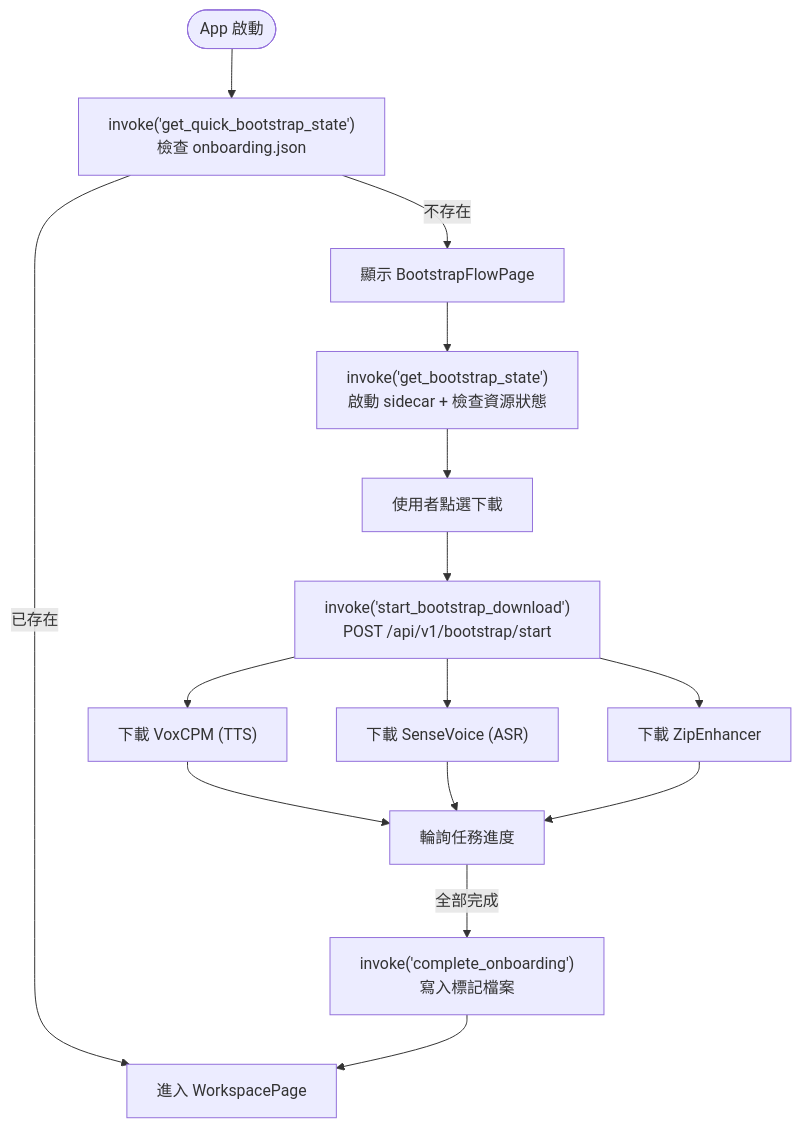
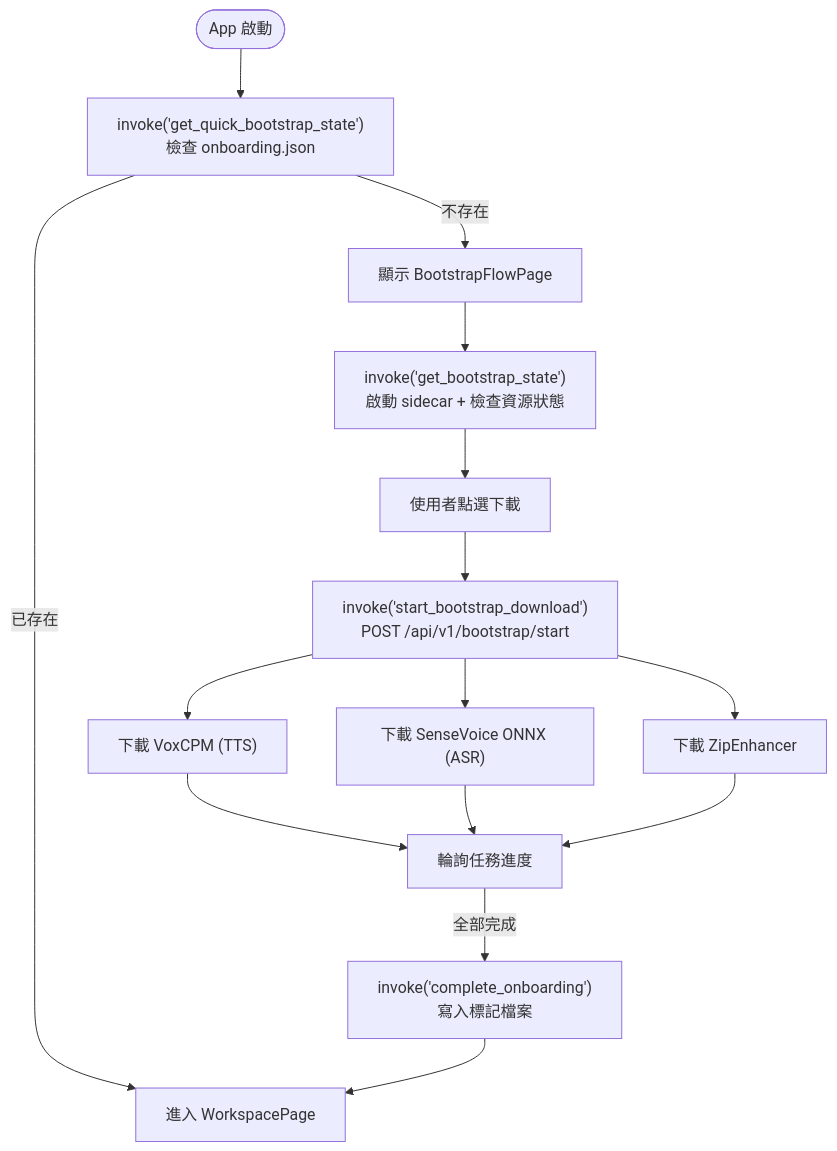
Before and after one commit to ZMXJJ/Voca: the sixth of 7 diagrams in docs/zh-TW/architecture.md, drawn with Mermaid. The commit also changed other lines of this file and 21 other files, not shown here.

First line of the commit message:
chore(release): bump to 0.4.0 and align ASR ONNX docs

````diff
--- a/docs/zh-TW/architecture.md
+++ b/docs/zh-TW/architecture.md
@@ -236,21 +236,21 @@
 ```mermaid
 flowchart TD
     Start([App 啟動]) --> QuickCheck["invoke('get_quick_bootstrap_state')<br/>檢查 onboarding.json"]
     QuickCheck -->|不存在| Bootstrap["顯示 BootstrapFlowPage"]
     QuickCheck -->|已存在| Workspace["進入 WorkspacePage"]
 
     Bootstrap --> GetState["invoke('get_bootstrap_state')<br/>啟動 sidecar + 檢查資源狀態"]
     GetState --> UserClick["使用者點選下載"]
     UserClick --> StartDL["invoke('start_bootstrap_download')<br/>POST /api/v1/bootstrap/start"]
 
     StartDL --> DL_TTS["下載 VoxCPM (TTS)"]
-    StartDL --> DL_ASR["下載 SenseVoice (ASR)"]
+    StartDL --> DL_ASR["下載 SenseVoice ONNX (ASR)"]
     StartDL --> DL_ENH["下載 ZipEnhancer"]
 
     DL_TTS --> Poll["輪詢任務進度"]
     DL_ASR --> Poll
     DL_ENH --> Poll
 
     Poll -->|全部完成| Complete["invoke('complete_onboarding')<br/>寫入標記檔案"]
     Complete --> Workspace
 ```
````
